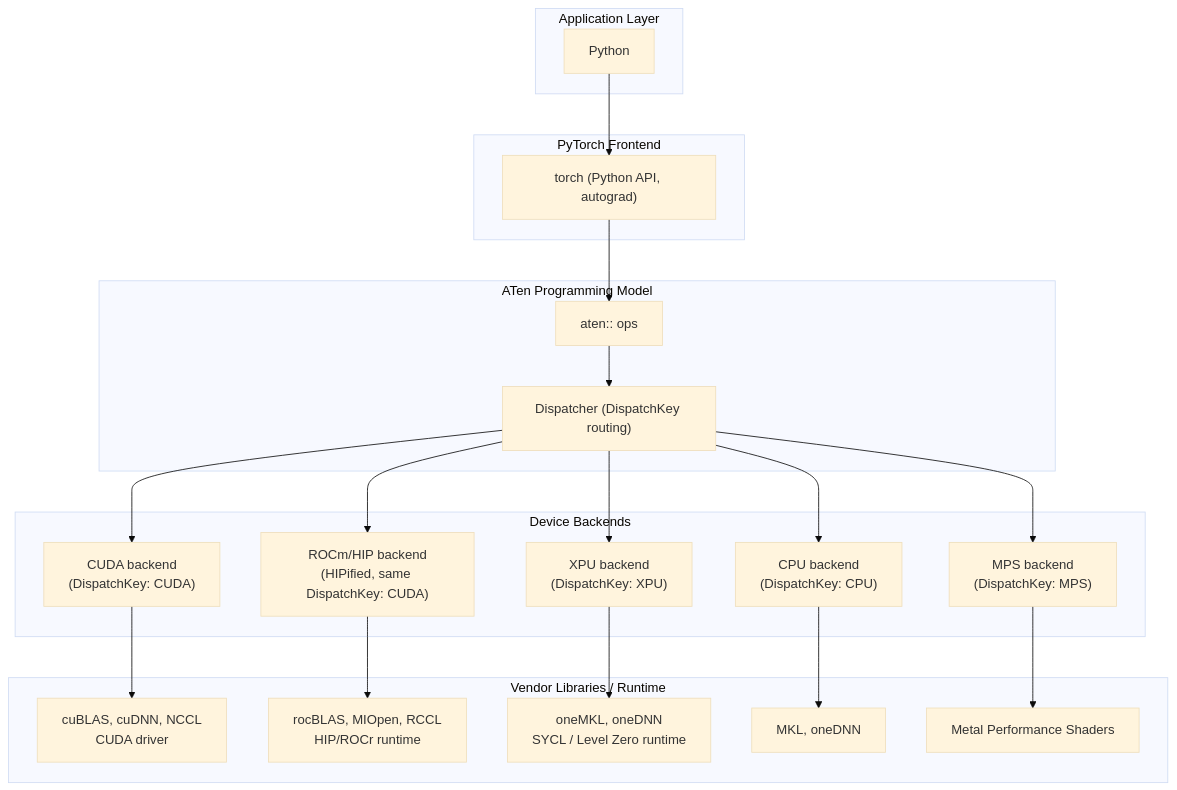
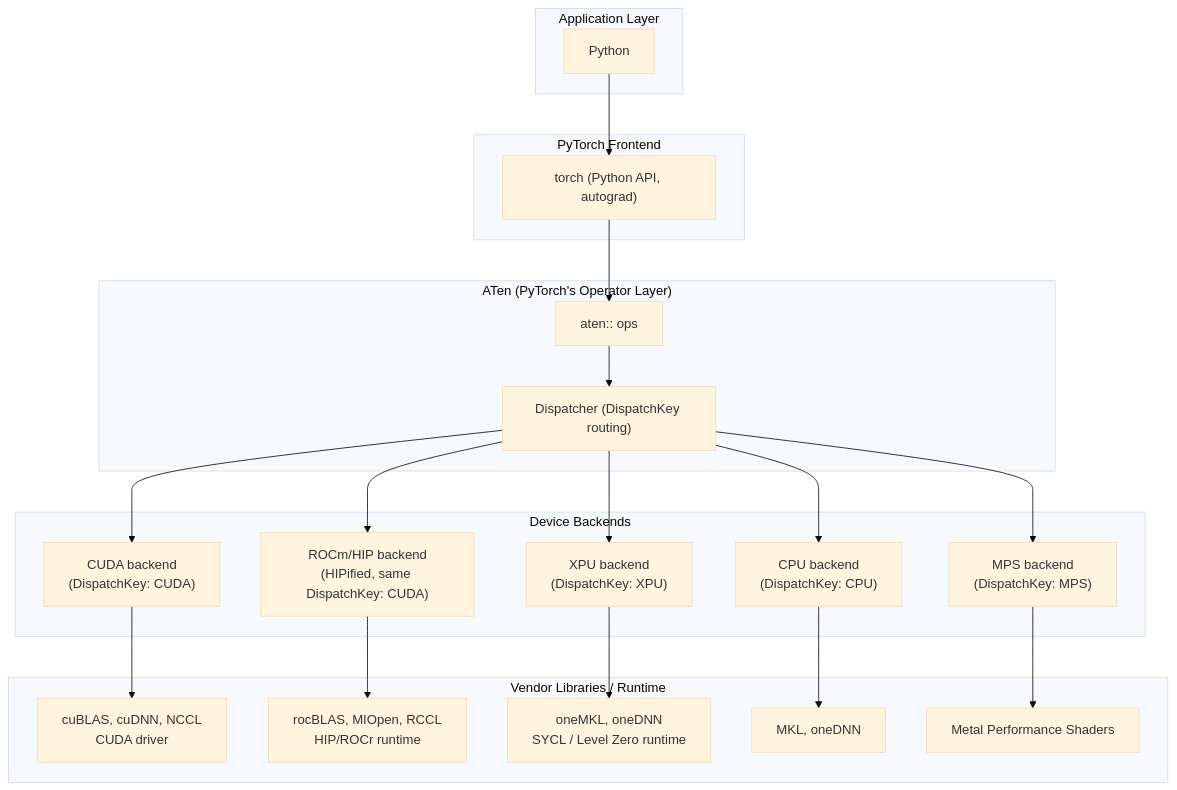
The second of 4 diagrams in slides/2026_TracingIAML/README.md (DonAurelio/notes), drawn with Mermaid (base theme) before and after one commit. The commit also changed other lines of this file and 3 other files, not shown here.

````diff
--- a/slides/2026_TracingIAML/README.md
+++ b/slides/2026_TracingIAML/README.md
@@ -248,46 +258,46 @@
 ```mermaid
 flowchart TD
     subgraph App["Application Layer"]
         Python["Python"]
     end
 
     subgraph Frontend["PyTorch Frontend"]
         TorchAPI["torch (Python API, autograd)"]
     end
 
-    subgraph ATenLayer["ATen Programming Model"]
+    subgraph ATenLayer["ATen (PyTorch's Operator Layer)"]
         ATen["aten:: ops"]
         Dispatcher["Dispatcher (DispatchKey routing)"]
     end
 
     subgraph Backends["Device Backends"]
         CUDA["CUDA backend<br>(DispatchKey: CUDA)"]
         ROCm["ROCm/HIP backend<br>(HIPified, same DispatchKey: CUDA)"]
         XPU["XPU backend<br>(DispatchKey: XPU)"]
         CPU["CPU backend<br>(DispatchKey: CPU)"]
         MPS["MPS backend<br>(DispatchKey: MPS)"]
     end
 
     subgraph Libs["Vendor Libraries / Runtime"]
         CUDALibs["cuBLAS, cuDNN, NCCL<br>CUDA driver"]
         ROCmLibs["rocBLAS, MIOpen, RCCL<br>HIP/ROCr runtime"]
         XPULibs["oneMKL, oneDNN<br>SYCL / Level Zero runtime"]
         CPULibs["MKL, oneDNN"]
         MPSLibs["Metal Performance Shaders"]
     end
 
     Python --> TorchAPI
     TorchAPI --> ATen
     ATen --> Dispatcher
     Dispatcher --> CUDA
     Dispatcher --> ROCm
     Dispatcher --> XPU
     Dispatcher --> CPU
     Dispatcher --> MPS
 
     CUDA --> CUDALibs
     ROCm --> ROCmLibs
     XPU --> XPULibs
     CPU --> CPULibs
     MPS --> MPSLibs
 ```
````
